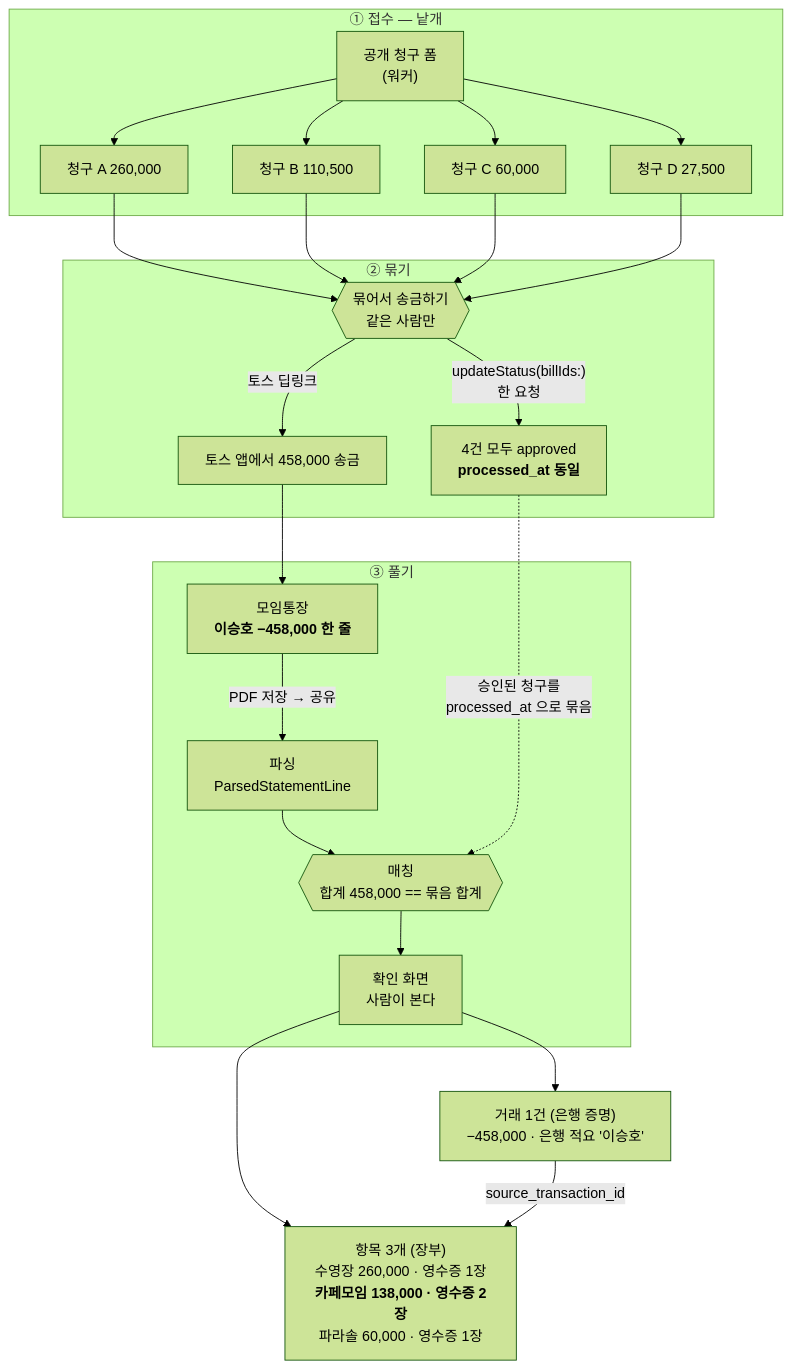
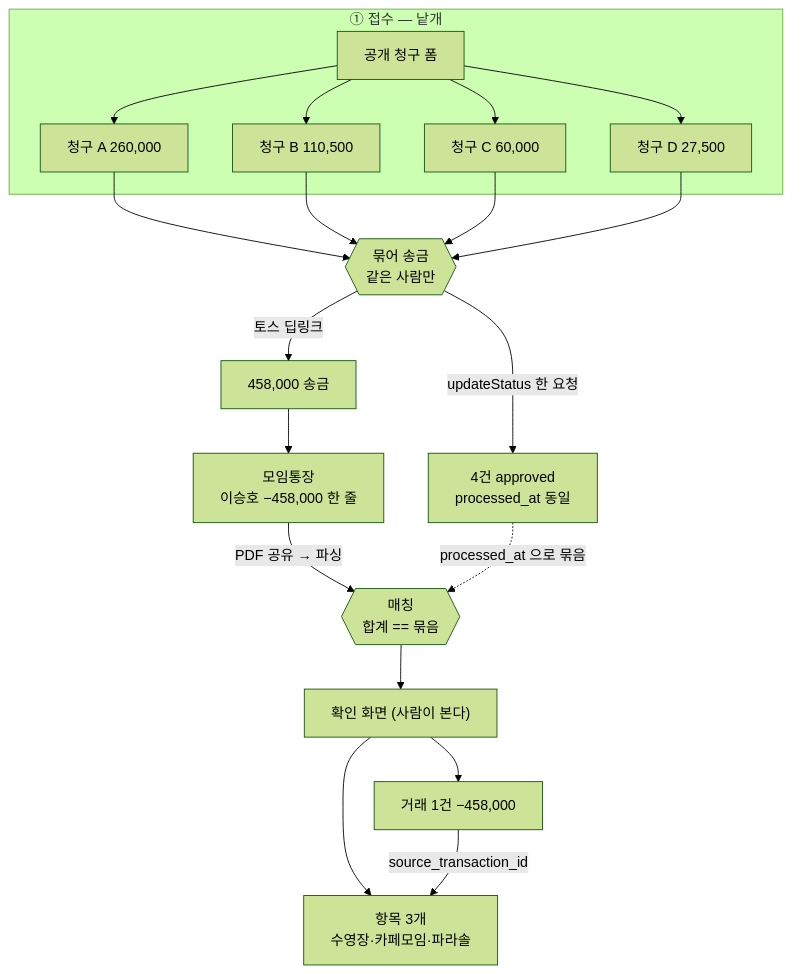
Before and after one commit to Ciracino88/nanuri-ios-app: the third of 3 diagrams in ARCHITECTURE.md, drawn with Mermaid (forest theme). The commit also changed other lines of this file, not shown here.

First line of the commit message:
ARCHITECTURE 를 개요·빠른 참조·상세 규칙·변경 이력 층으로 재구성한다

````diff
--- a/ARCHITECTURE.md
+++ b/ARCHITECTURE.md
@@ -316,30 +101,16 @@
 ```mermaid
 flowchart TD
     subgraph 접수["① 접수 — 낱개"]
-        F["공개 청구 폼<br/>(워커)"] --> B1["청구 A 260,000"]
-        F --> B2["청구 B 110,500"]
-        F --> B3["청구 C 60,000"]
-        F --> B4["청구 D 27,500"]
+        F["공개 청구 폼"] --> B1["청구 A 260,000"] & B2["청구 B 110,500"] & B3["청구 C 60,000"] & B4["청구 D 27,500"]
     end
-
-    B1 & B2 & B3 & B4 --> S{{"묶어서 송금하기<br/>같은 사람만"}}
-
-    subgraph 송금["② 묶기"]
-        S -->|"토스 딥링크"| T["토스 앱에서 458,000 송금"]
-        S -->|"updateStatus(billIds:)<br/>한 요청"| M["4건 모두 approved<br/><b>processed_at 동일</b>"]
-    end
-
-    T --> BANK["모임통장<br/><b>이승호 −458,000 한 줄</b>"]
-
-    subgraph 되읽기["③ 풀기"]
-        BANK -->|"PDF 저장 → 공유"| PARSE["파싱<br/>ParsedStatementLine"]
-        PARSE --> MATCH{{"매칭<br/>합계 458,000 == 묶음 합계"}}
-        M -.->|"승인된 청구를<br/>processed_at 으로 묶음"| MATCH
-        MATCH --> CHECK["확인 화면<br/>사람이 본다"]
-    end
-
-    CHECK --> TX["거래 1건 (은행 증명)<br/>−458,000 · 은행 적요 '이승호'"]
-    CHECK --> SP["항목 3개 (장부)<br/>수영장 260,000 · 영수증 1장<br/><b>카페모임 138,000 · 영수증 2장</b><br/>파라솔 60,000 · 영수증 1장"]
-
-    TX -->|"source_transaction_id"| SP
+    B1 & B2 & B3 & B4 --> S{{"묶어 송금<br/>같은 사람만"}}
+    S -->|"토스 딥링크"| T["458,000 송금"]
+    S -->|"updateStatus 한 요청"| M["4건 approved<br/>processed_at 동일"]
+    T --> BANK["모임통장<br/>이승호 −458,000 한 줄"]
+    BANK -->|"PDF 공유 → 파싱"| MATCH{{"매칭<br/>합계 == 묶음"}}
+    M -.->|"processed_at 으로 묶음"| MATCH
+    MATCH --> CHECK["확인 화면 (사람이 본다)"]
+    CHECK --> TX["거래 1건 −458,000"]
+    CHECK --> SP["항목 3개<br/>수영장·카페모임·파라솔"]
+    TX -->|source_transaction_id| SP
 ```
````
